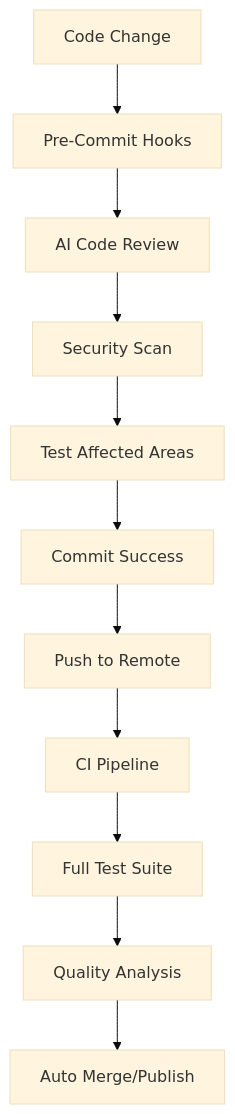
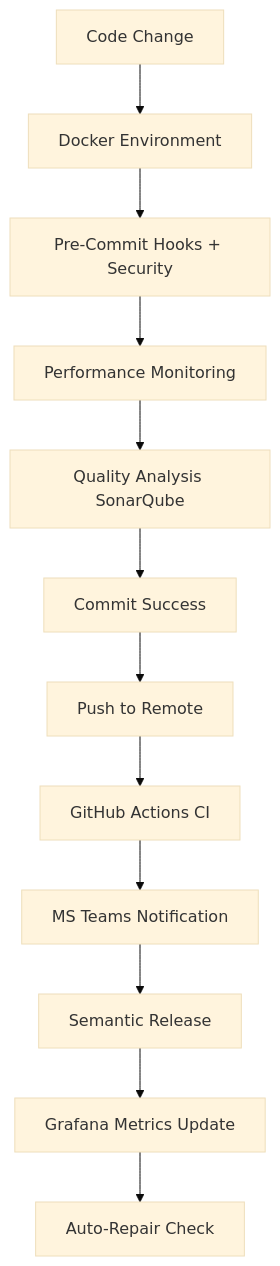
Before and after one commit to nydamon/ai-sdlc-docs: the first of 2 diagrams in docs/tool-integration-matrix.md, drawn with Mermaid (base theme). The commit also changed other lines of this file and 8 other files, not shown here.

````diff
--- a/docs/tool-integration-matrix.md
+++ b/docs/tool-integration-matrix.md
@@ -24,13 +30,14 @@
 ```mermaid
 graph TD
-    A[Code Change] --> B[Pre-Commit Hooks]
-    B --> C[AI Code Review]
-    C --> D[Security Scan]
-    D --> E[Test Affected Areas]
+    A[Code Change] --> B[Docker Environment]
+    B --> C[Pre-Commit Hooks + Security]
+    C --> D[Performance Monitoring]
+    D --> E[Quality Analysis SonarQube]
     E --> F[Commit Success]
     F --> G[Push to Remote]
-    G --> H[CI Pipeline]
-    H --> I[Full Test Suite]
-    I --> J[Quality Analysis]
-    J --> K[Auto Merge/Publish]
+    G --> H[GitHub Actions CI]
+    H --> I[MS Teams Notification]
+    I --> J[Semantic Release]
+    J --> K[Grafana Metrics Update]
+    K --> L[Auto-Repair Check]
 ```
````
